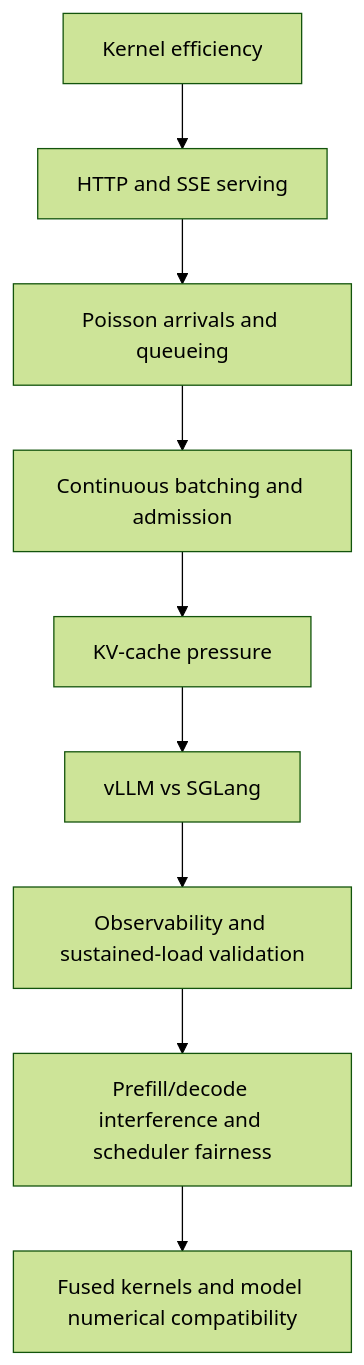
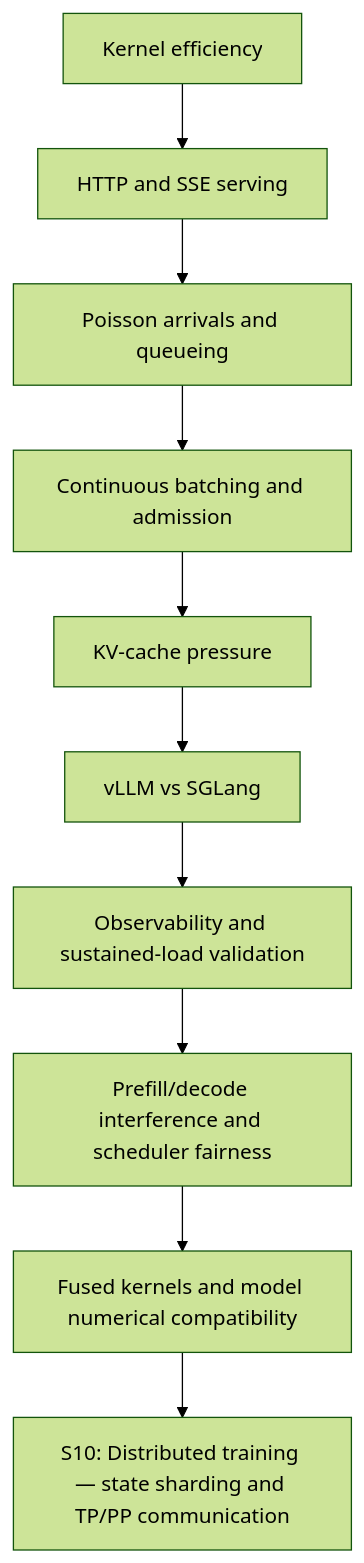
The first of 2 diagrams in README.md (XianghaoKong/llm-serving-systems-lab), drawn with Mermaid (forest theme) before and after one commit. The commit also changed other lines of this file and 1 other file, not shown here.

````diff
--- a/README.md
+++ b/README.md
@@ -50,11 +50,12 @@
 ```mermaid
 flowchart TD
     A["Kernel efficiency"] --> B["HTTP and SSE serving"]
     B --> C["Poisson arrivals and queueing"]
     C --> D["Continuous batching and admission"]
     D --> E["KV-cache pressure"]
     E --> F["vLLM vs SGLang"]
     F --> G["Observability and sustained-load validation"]
     G --> H["Prefill/decode interference and scheduler fairness"]
     H --> I["Fused kernels and model numerical compatibility"]
+    I --> J["S10: Distributed training — state sharding and TP/PP communication"]
 ```
````
